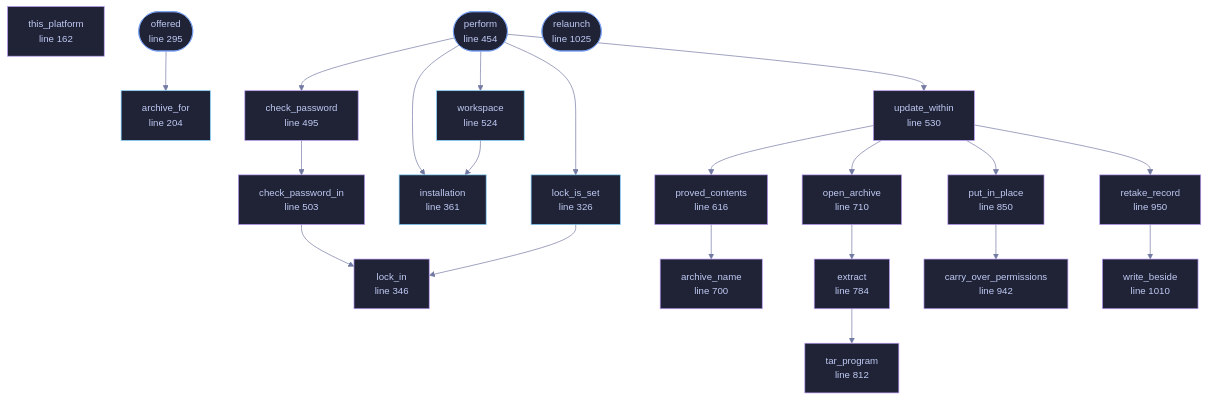
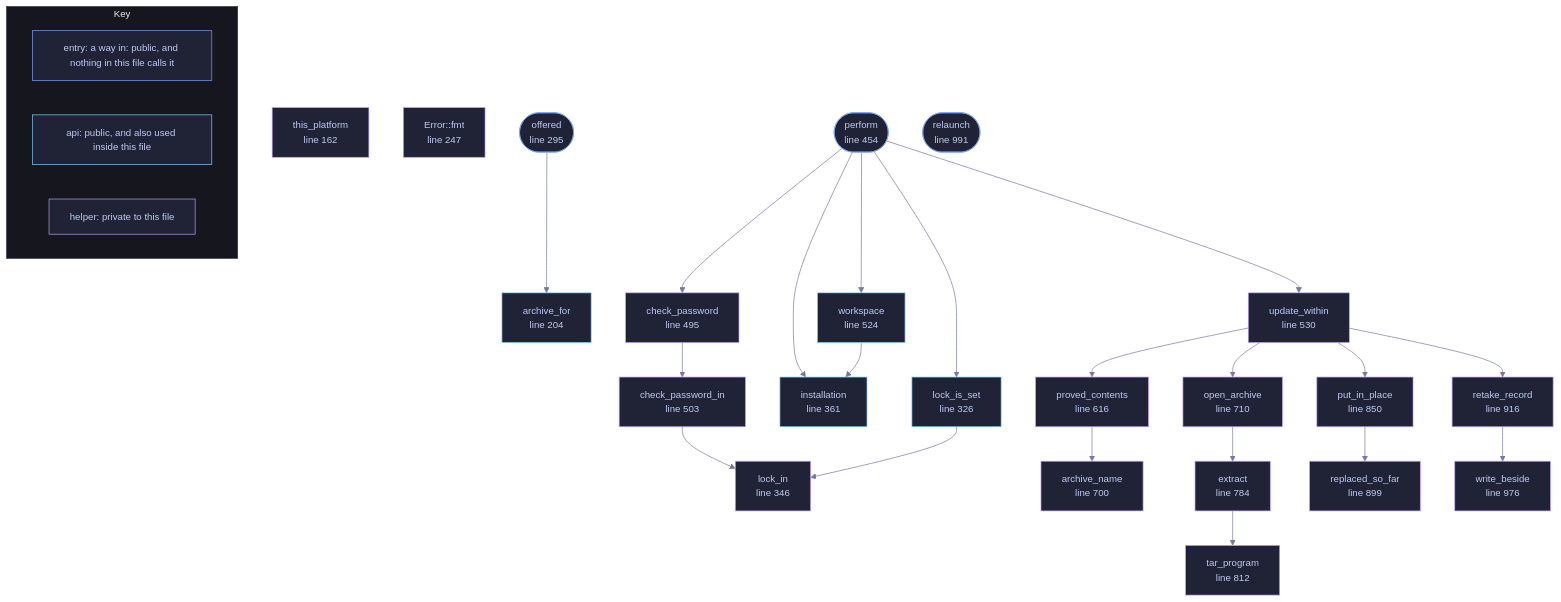
Before and after one commit to tilas01/veilvoice: the diagram in docs/files/veilvoice-verify/update.md, drawn with Mermaid. The commit also changed other lines of this file and 1510 other files, not shown here.

First line of the commit message:
Regenerate the documentation, wiki, site, graphs and measured numbers

````diff
--- a/docs/files/veilvoice-verify/update.md
+++ b/docs/files/veilvoice-verify/update.md
@@ -185,73 +182,82 @@
 ```mermaid
 %%{init: {"theme":"base","themeVariables":{"background":"#1a1b26","primaryColor":"#1f2335","primaryTextColor":"#c0caf5","primaryBorderColor":"#7aa2f7","secondaryColor":"#16161e","tertiaryColor":"#16161e","lineColor":"#737aa2","textColor":"#c0caf5","mainBkg":"#1f2335","nodeBorder":"#7aa2f7","clusterBkg":"#16161e","clusterBorder":"#2f3549","fontFamily":"ui-monospace, SFMono-Regular, Consolas, monospace","fontSize":"14px"}}}%%
 flowchart TD
     n_this_platform["this_platform<br/>line 162"]
     n_archive_for["archive_for<br/>line 204"]
+    n_fmt["Error::fmt<br/>line 247"]
     n_offered(["offered<br/>line 295"])
     n_lock_is_set["lock_is_set<br/>line 326"]
     n_lock_in["lock_in<br/>line 346"]
     n_installation["installation<br/>line 361"]
     n_perform(["perform<br/>line 454"])
     n_check_password["check_password<br/>line 495"]
     n_check_password_in["check_password_in<br/>line 503"]
     n_workspace["workspace<br/>line 524"]
     n_update_within["update_within<br/>line 530"]
     n_proved_contents["proved_contents<br/>line 616"]
     n_archive_name["archive_name<br/>line 700"]
     n_open_archive["open_archive<br/>line 710"]
     n_extract["extract<br/>line 784"]
     n_tar_program["tar_program<br/>line 812"]
     n_put_in_place["put_in_place<br/>line 850"]
-    n_carry_over_permissions["carry_over_permissions<br/>line 932"]
-    n_carry_over_permissions["carry_over_permissions<br/>line 942"]
-    n_retake_record["retake_record<br/>line 950"]
-    n_write_beside["write_beside<br/>line 1010"]
-    n_relaunch(["relaunch<br/>line 1025"])
+    n_replaced_so_far["replaced_so_far<br/>line 899"]
+    n_retake_record["retake_record<br/>line 916"]
+    n_write_beside["write_beside<br/>line 976"]
+    n_relaunch(["relaunch<br/>line 991"])
     n_check_password --> n_check_password_in
     n_check_password_in --> n_lock_in
     n_extract --> n_tar_program
     n_lock_is_set --> n_lock_in
     n_offered --> n_archive_for
     n_open_archive --> n_extract
     n_perform --> n_check_password
     n_perform --> n_installation
     n_perform --> n_lock_is_set
     n_perform --> n_update_within
     n_perform --> n_workspace
     n_proved_contents --> n_archive_name
-    n_put_in_place --> n_carry_over_permissions
+    n_put_in_place --> n_replaced_so_far
     n_retake_record --> n_write_beside
     n_update_within --> n_open_archive
     n_update_within --> n_proved_contents
     n_update_within --> n_put_in_place
     n_update_within --> n_retake_record
     n_workspace --> n_installation
     click n_this_platform href "https://github.com/tilas01/veilvoice/blob/main/crates/veilvoice-verify/src/update.rs#L162" "open the source"
     click n_archive_for href "https://github.com/tilas01/veilvoice/blob/main/crates/veilvoice-verify/src/update.rs#L204" "open the source"
+    click n_fmt href "https://github.com/tilas01/veilvoice/blob/main/crates/veilvoice-verify/src/update.rs#L247" "open the source"
     click n_offered href "https://github.com/tilas01/veilvoice/blob/main/crates/veilvoice-verify/src/update.rs#L295" "open the source"
     click n_lock_is_set href "https://github.com/tilas01/veilvoice/blob/main/crates/veilvoice-verify/src/update.rs#L326" "open the source"
     click n_lock_in href "https://github.com/tilas01/veilvoice/blob/main/crates/veilvoice-verify/src/update.rs#L346" "open the source"
     click n_installation href "https://github.com/tilas01/veilvoice/blob/main/crates/veilvoice-verify/src/update.rs#L361" "open the source"
     click n_perform href "https://github.com/tilas01/veilvoice/blob/main/crates/veilvoice-verify/src/update.rs#L454" "open the source"
     click n_check_password href "https://github.com/tilas01/veilvoice/blob/main/crates/veilvoice-verify/src/update.rs#L495" "open the source"
     click n_check_password_in href "https://github.com/tilas01/veilvoice/blob/main/crates/veilvoice-verify/src/update.rs#L503" "open the source"
     click n_workspace href "https://github.com/tilas01/veilvoice/blob/main/crates/veilvoice-verify/src/update.rs#L524" "open the source"
     click n_update_within href "https://github.com/tilas01/veilvoice/blob/main/crates/veilvoice-verify/src/update.rs#L530" "open the source"
     click n_proved_contents href "https://github.com/tilas01/veilvoice/blob/main/crates/veilvoice-verify/src/update.rs#L616" "open the source"
     click n_archive_name href "https://github.com/tilas01/veilvoice/blob/main/crates/veilvoice-verify/src/update.rs#L700" "open the source"
     click n_open_archive href "https://github.com/tilas01/veilvoice/blob/main/crates/veilvoice-verify/src/update.rs#L710" "open the source"
     click n_extract href "https://github.com/tilas01/veilvoice/blob/main/crates/veilvoice-verify/src/update.rs#L784" "open the source"
     click n_tar_program href "https://github.com/tilas01/veilvoice/blob/main/crates/veilvoice-verify/src/update.rs#L812" "open the source"
     click n_put_in_place href "https://github.com/tilas01/veilvoice/blob/main/crates/veilvoice-verify/src/update.rs#L850" "open the source"
-    click n_carry_over_permissions href "https://github.com/tilas01/veilvoice/blob/main/crates/veilvoice-verify/src/update.rs#L932" "open the source"
-    click n_carry_over_permissions href "https://github.com/tilas01/veilvoice/blob/main/crates/veilvoice-verify/src/update.rs#L942" "open the source"
-    click n_retake_record href "https://github.com/tilas01/veilvoice/blob/main/crates/veilvoice-verify/src/update.rs#L950" "open the source"
-    click n_write_beside href "https://github.com/tilas01/veilvoice/blob/main/crates/veilvoice-verify/src/update.rs#L1010" "open the source"
-    click n_relaunch href "https://github.com/tilas01/veilvoice/blob/main/crates/veilvoice-verify/src/update.rs#L1025" "open the source"
+    click n_replaced_so_far href "https://github.com/tilas01/veilvoice/blob/main/crates/veilvoice-verify/src/update.rs#L899" "open the source"
+    click n_retake_record href "https://github.com/tilas01/veilvoice/blob/main/crates/veilvoice-verify/src/update.rs#L916" "open the source"
+    click n_write_beside href "https://github.com/tilas01/veilvoice/blob/main/crates/veilvoice-verify/src/update.rs#L976" "open the source"
+    click n_relaunch href "https://github.com/tilas01/veilvoice/blob/main/crates/veilvoice-verify/src/update.rs#L991" "open the source"
     classDef entry fill:#1f2335,stroke:#7aa2f7,color:#c0caf5
     class n_offered,n_perform,n_relaunch entry
     classDef api fill:#1f2335,stroke:#7dcfff,color:#c0caf5
     class n_archive_for,n_lock_is_set,n_installation,n_workspace api
     classDef helper fill:#1f2335,stroke:#bb9af7,color:#c0caf5
-    class n_this_platform,n_lock_in,n_check_password,n_check_password_in,n_update_within,n_proved_contents,n_archive_name,n_open_archive,n_extract,n_tar_program,n_put_in_place,n_carry_over_permissions,n_carry_over_permissions,n_retake_record,n_write_beside helper
+    class n_this_platform,n_fmt,n_lock_in,n_check_password,n_check_password_in,n_update_within,n_proved_contents,n_archive_name,n_open_archive,n_extract,n_tar_program,n_put_in_place,n_replaced_so_far,n_retake_record,n_write_beside helper
+    subgraph chart_key ["Key"]
+        direction LR
+        key_entry["entry: a way in: public, and nothing in this file calls it"]
+        key_api["api: public, and also used inside this file"]
+        key_helper["helper: private to this file"]
+    end
+    class key_entry entry
+    class key_api api
+    class key_helper helper
 ```
````
